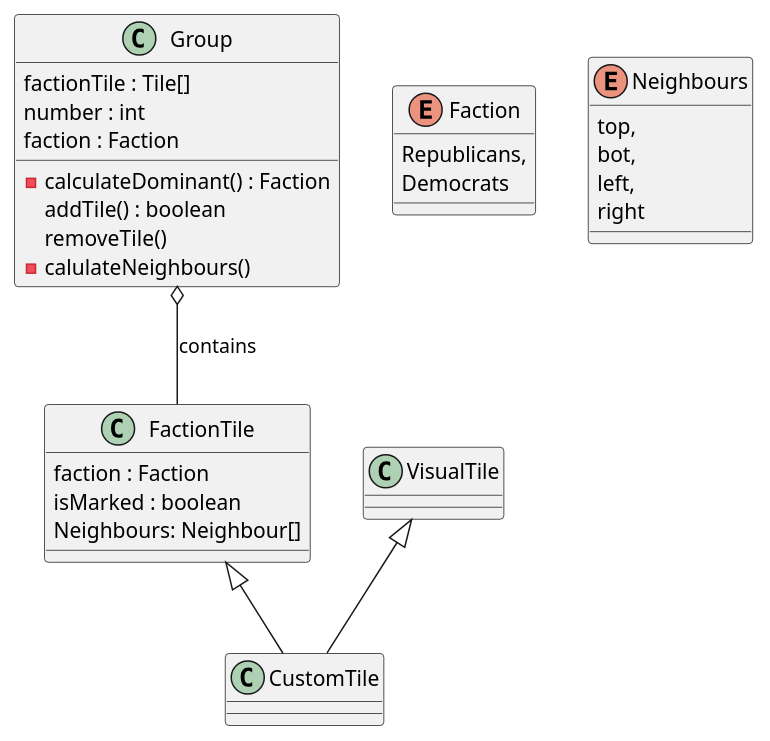
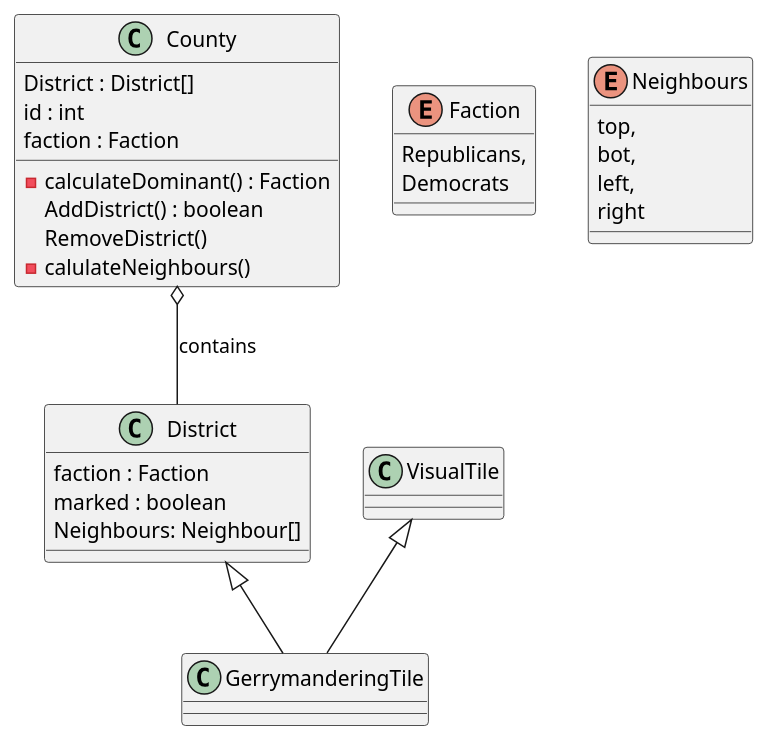
Before and after one commit to Buecherregale/Gerrymandering: the diagram in obsidian/Gerrymandering/Class Digramm.md, drawn with PlantUML. The commit also changed 5 other files, not shown here.

````diff
--- a/obsidian/Gerrymandering/Class Digramm.md
+++ b/obsidian/Gerrymandering/Class Digramm.md
@@ -2,44 +2,44 @@
 ```plantuml
 
-class CustomTile{
+class GerrymanderingTile {
 
 }
 
-class FactionTile {
+class District {
 	faction : Faction 
-	isMarked : boolean
+	marked : boolean
 	Neighbours: Neighbour[] 
 }
 
 class VisualTile {
 
 }
 
-class Group {
-	factionTile : Tile[]
-	number : int
+class County {
+	District : District[]
+	id : int
 	faction : Faction 
 	- calculateDominant() : Faction
-	addTile() : boolean
-	removeTile()
+	AddDistrict() : boolean
+	RemoveDistrict()
 	- calulateNeighbours()
 }
 
 enum Faction {
  Republicans,
  Democrats
 }
 
-enum Neighbours{
+enum Neighbours {
 	top,
 	bot,
 	left,
 	right
 }
 
-FactionTile <|-- CustomTile
-VisualTile <|-- CustomTile
-Group o-- FactionTile : contains
+District <|-- GerrymanderingTile
+VisualTile <|-- GerrymanderingTile
+County o-- District : contains
 
 
 ```
````
